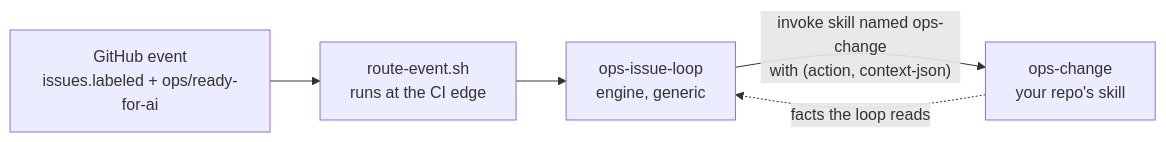
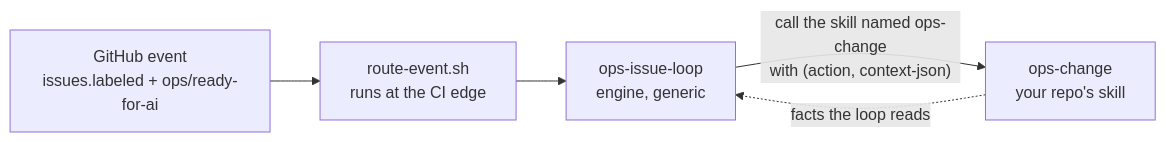
Before and after one commit to umbraco/umbraco-ai-ops: the first of 3 diagrams in README.md, drawn with Mermaid. The commit also changed other lines of this file and 75 other files, not shown here.

````diff
--- a/README.md
+++ b/README.md
@@ -209,7 +193,7 @@
 ```mermaid
 flowchart LR
   E["GitHub event<br/>issues.labeled + ops/ready-for-ai"] --> R["route-event.sh<br/>runs at the CI edge"]
   R --> L["ops-issue-loop<br/>engine, generic"]
-  L -->|"invoke skill named ops-change<br/>with (action, context-json)"| C["ops-change<br/>your repo's skill"]
+  L -->|"call the skill named ops-change<br/>with (action, context-json)"| C["ops-change<br/>your repo's skill"]
   C -.->|"facts the loop reads"| L
 ```
````
